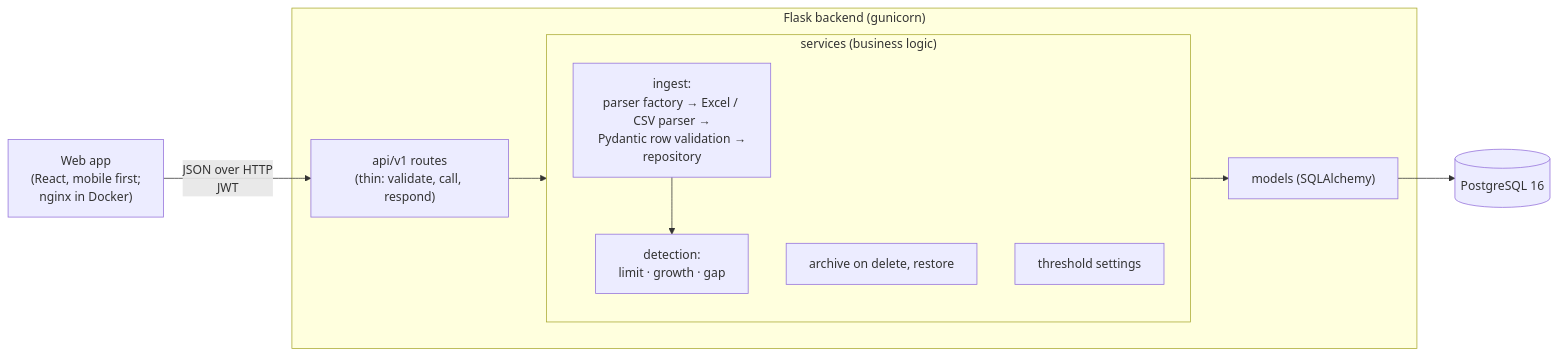
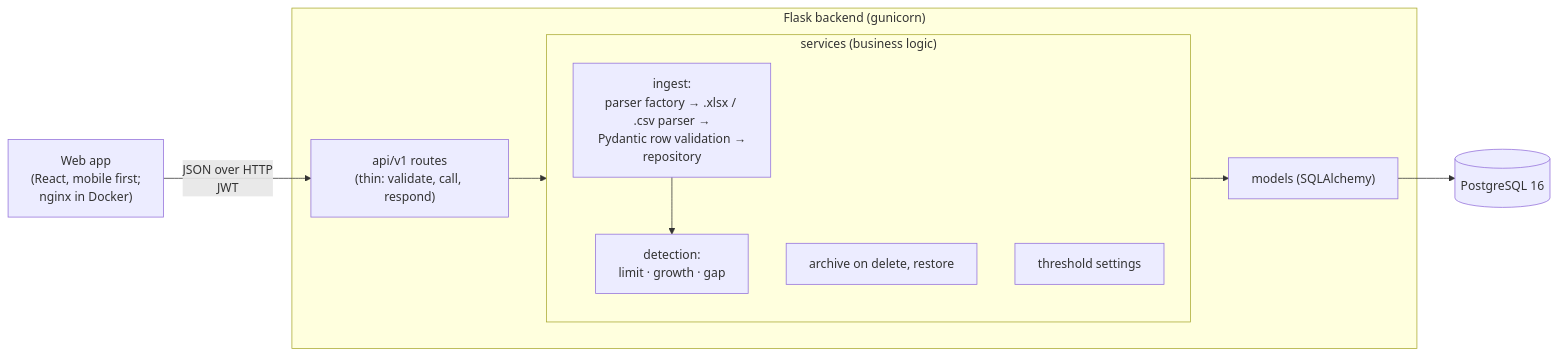
The first of 2 diagrams in README.md (YonatanHen/squanchy-bakery-tracker), drawn with Mermaid before and after one commit. The commit also changed other lines of this file, not shown here.

Commit message:
README: architecture names the .xlsx and .csv parsers

````diff
--- a/README.md
+++ b/README.md
@@ -74,16 +74,16 @@
 ```mermaid
 flowchart LR
     UI["Web app<br/>(React, mobile first;<br/>nginx in Docker)"] -->|"JSON over HTTP<br/>JWT"| API
     subgraph Backend["Flask backend (gunicorn)"]
         API["api/v1 routes<br/>(thin: validate, call, respond)"] --> SVC
         subgraph SVC["services (business logic)"]
-            ING["ingest:<br/>parser factory → Excel / CSV parser →<br/>Pydantic row validation →<br/>repository"]
+            ING["ingest:<br/>parser factory → .xlsx / .csv parser →<br/>Pydantic row validation →<br/>repository"]
             DET["detection:<br/>limit · growth · gap"]
             ARC["archive on delete, restore"]
             THR["threshold settings"]
         end
         SVC --> MOD["models (SQLAlchemy)"]
     end
     MOD --> DB[("PostgreSQL 16")]
     ING --> DET
 ```
````
